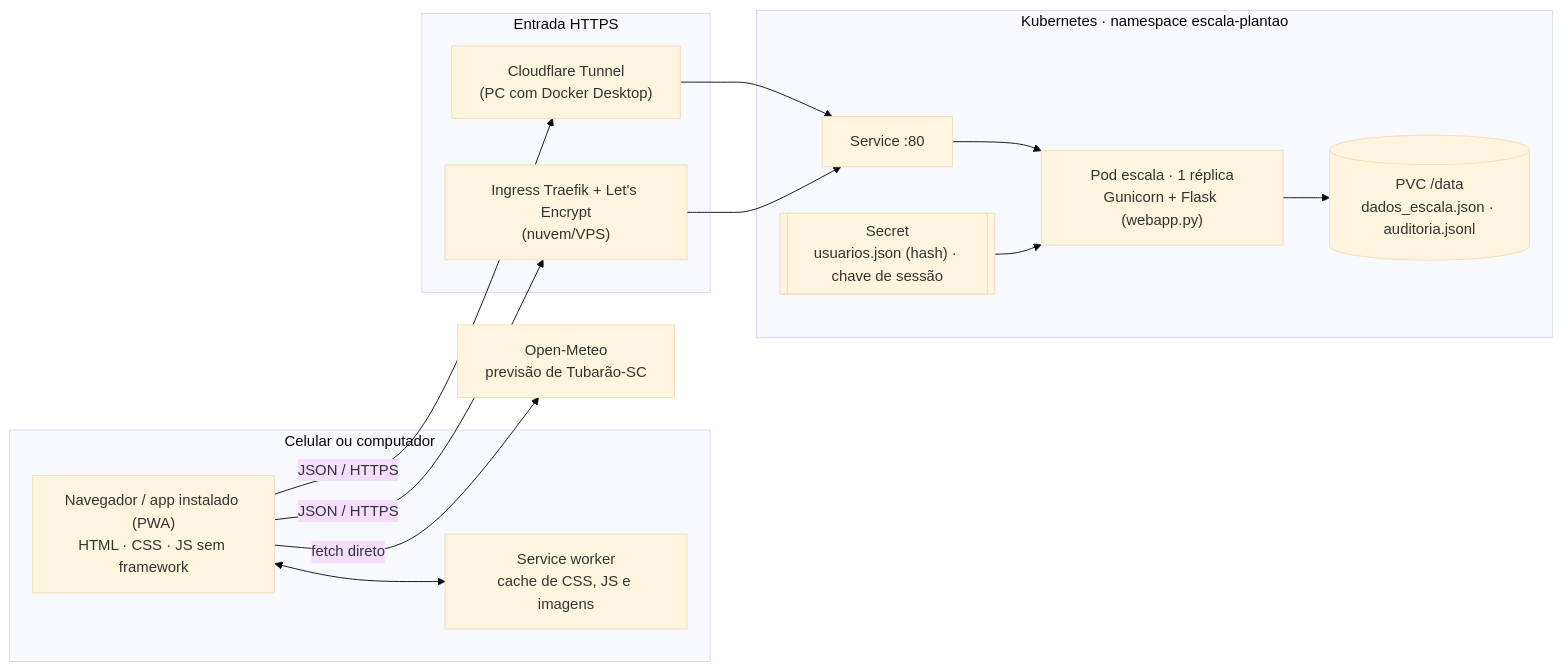
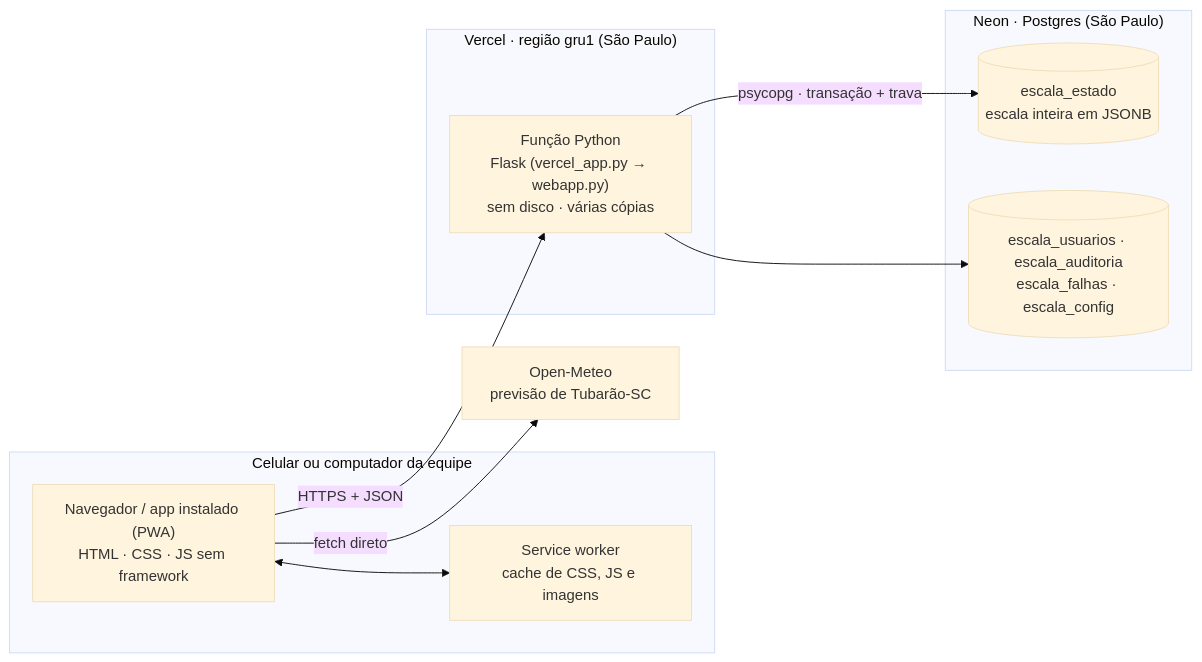
The first of 8 diagrams in docs/ARQUITETURA.md (CarlosAlvesSantosJr/escalas-de-plantao), drawn with Mermaid (base theme) before and after one commit. The commit also changed other lines of this file and 20 other files, not shown here.

First line of the commit message:
Documentação de portfólio: app em produção na Vercel, uso pela equipe e imagens anonimizadas

````diff
--- a/docs/ARQUITETURA.md
+++ b/docs/ARQUITETURA.md
@@ -15,27 +18,20 @@
 ```mermaid
 flowchart LR
-    subgraph Cliente["Celular ou computador"]
+    subgraph Cliente["Celular ou computador da equipe"]
         PWA["Navegador / app instalado (PWA)<br/>HTML · CSS · JS sem framework"]
         SW["Service worker<br/>cache de CSS, JS e imagens"]
     end
     OM["Open-Meteo<br/>previsão de Tubarão-SC"]
-    subgraph Borda["Entrada HTTPS"]
-        CF["Cloudflare Tunnel<br/>(PC com Docker Desktop)"]
-        IN["Ingress Traefik + Let's Encrypt<br/>(nuvem/VPS)"]
+    subgraph Vercel["Vercel · região gru1 (São Paulo)"]
+        FN["Função Python<br/>Flask (vercel_app.py → webapp.py)<br/>sem disco · várias cópias"]
     end
-    subgraph K8s["Kubernetes · namespace escala-plantao"]
-        SVC["Service :80"]
-        POD["Pod escala · 1 réplica<br/>Gunicorn + Flask (webapp.py)"]
-        PVC[("PVC /data<br/>dados_escala.json · auditoria.jsonl")]
-        SEC[["Secret<br/>usuarios.json (hash) · chave de sessão"]]
+    subgraph Neon["Neon · Postgres (São Paulo)"]
+        T1[("escala_estado<br/>escala inteira em JSONB")]
+        T2[("escala_usuarios · escala_auditoria<br/>escala_falhas · escala_config")]
     end
     PWA <--> SW
-    PWA -- "JSON / HTTPS" --> CF
-    PWA -- "JSON / HTTPS" --> IN
+    PWA -- "HTTPS + JSON" --> FN
     PWA -- "fetch direto" --> OM
-    CF --> SVC
-    IN --> SVC
-    SVC --> POD
-    POD --> PVC
-    SEC --> POD
+    FN -- "psycopg · transação + trava" --> T1
+    FN --> T2
 ```
````
